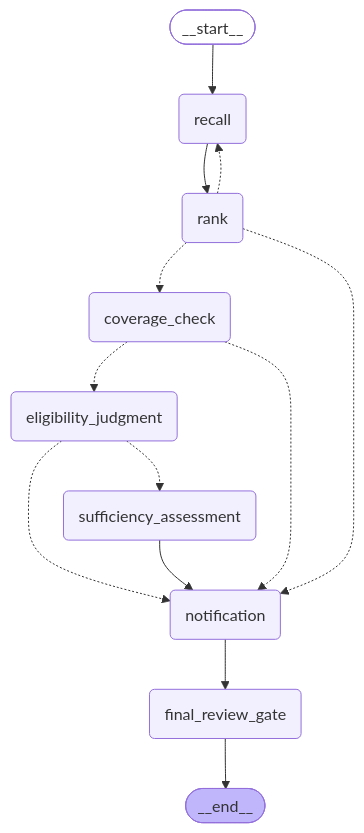
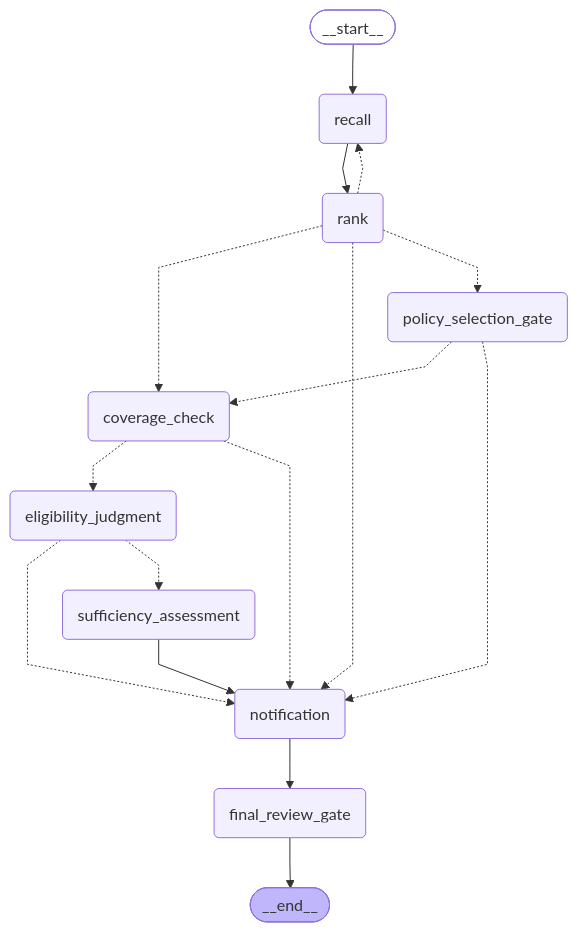
The diagram in ARCHITECTURE.md (suhaskarnik/ins-agent), drawn with Mermaid before and after one commit. The commit also changed other lines of this file and 1 other file, not shown here.

Commit message:
Sync ARCHITECTURE.md diagram with the compiled graph (ticket 13)
ARCHITECTURE.md's embedded pipeline diagram was stale (missing the
Policy Selection Gate node/edges added in ticket 06) and its prose
still described the ticket-05 shape. `just diagram` now re-embeds the
freshly generated Mermaid source into ARCHITECTURE.md's fence in
addition to writing docs/graph.mmd, so the two copies can't drift
apart from each other or from the graph.

Claude-Session: https://claude.ai/code/session_01Kg7FUh1BrV5WE71Sf51pKb

````diff
--- a/ARCHITECTURE.md
+++ b/ARCHITECTURE.md
@@ -9,27 +9,36 @@
 ```mermaid
+---
+config:
+  flowchart:
+    curve: linear
+---
 graph TD;
 	__start__([<p>__start__</p>]):::first
 	recall(recall)
 	rank(rank)
+	policy_selection_gate(policy_selection_gate)
 	coverage_check(coverage_check)
 	eligibility_judgment(eligibility_judgment)
 	sufficiency_assessment(sufficiency_assessment)
 	notification(notification)
 	final_review_gate(final_review_gate)
 	__end__([<p>__end__</p>]):::last
 	__start__ --> recall;
 	coverage_check -.-> eligibility_judgment;
 	coverage_check -.-> notification;
 	eligibility_judgment -.-> notification;
 	eligibility_judgment -.-> sufficiency_assessment;
 	notification --> final_review_gate;
+	policy_selection_gate -.-> coverage_check;
+	policy_selection_gate -.-> notification;
 	rank -.-> coverage_check;
 	rank -.-> notification;
+	rank -.-> policy_selection_gate;
 	rank -.-> recall;
 	recall --> rank;
 	sufficiency_assessment --> notification;
 	final_review_gate --> __end__;
 	classDef default fill:#f2f0ff,line-height:1.2
 	classDef first fill-opacity:0
 	classDef last fill:#bfb6fc
 ```
````
